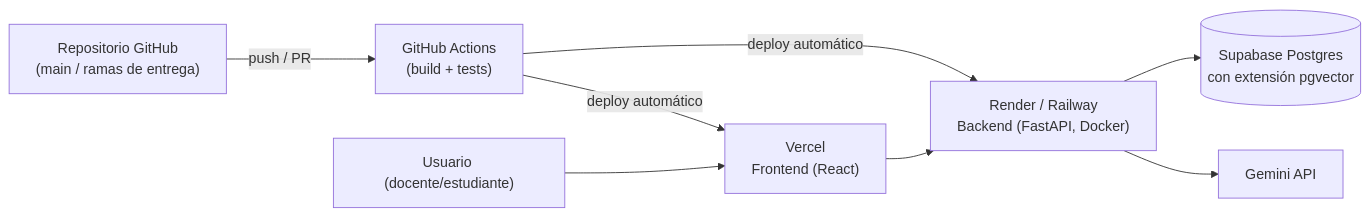
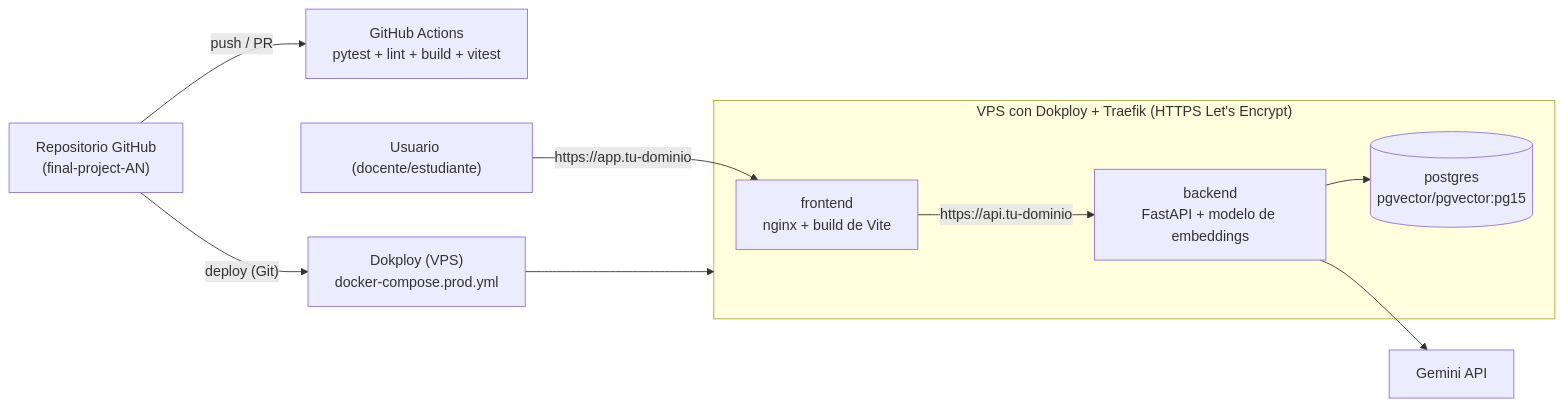
The second of 3 diagrams in readme.md (AlejandroNicolaide/AI4Devs-finalproject), drawn with Mermaid before and after one commit. The commit also changed other lines of this file and 10 other files, not shown here.

First line of the commit message:
Prepara el despliegue en Dokploy: Dockerfiles, compose de produccion y guia

````diff
--- a/readme.md
+++ b/readme.md
@@ -210,10 +208,15 @@
 ```mermaid
 flowchart LR
-    Dev["Repositorio GitHub\n(main / ramas de entrega)"] -- "push / PR" --> CI["GitHub Actions\n(build + tests)"]
-    CI -- "deploy automático" --> FE["Vercel\nFrontend (React)"]
-    CI -- "deploy automático" --> BE["Render / Railway\nBackend (FastAPI, Docker)"]
-    BE --> DB[("Supabase Postgres\ncon extensión pgvector")]
+    Dev["Repositorio GitHub\n(final-project-AN)"] -- "push / PR" --> CI["GitHub Actions\npytest + lint + build + vitest"]
+    Dev -- "deploy (Git)" --> DK["Dokploy (VPS)\ndocker-compose.prod.yml"]
+    subgraph VPS["VPS con Dokploy + Traefik (HTTPS Let's Encrypt)"]
+        FE["frontend\nnginx + build de Vite"]
+        BE["backend\nFastAPI + modelo de embeddings"]
+        DB[("postgres\npgvector/pgvector:pg15")]
+    end
+    DK --> VPS
+    Usuario["Usuario (docente/estudiante)"] -- "https://app.tu-dominio" --> FE
+    FE -- "https://api.tu-dominio" --> BE
+    BE --> DB
     BE --> LLMEXT["Gemini API"]
-    Usuario["Usuario (docente/estudiante)"] --> FE
-    FE --> BE
 ```
````
